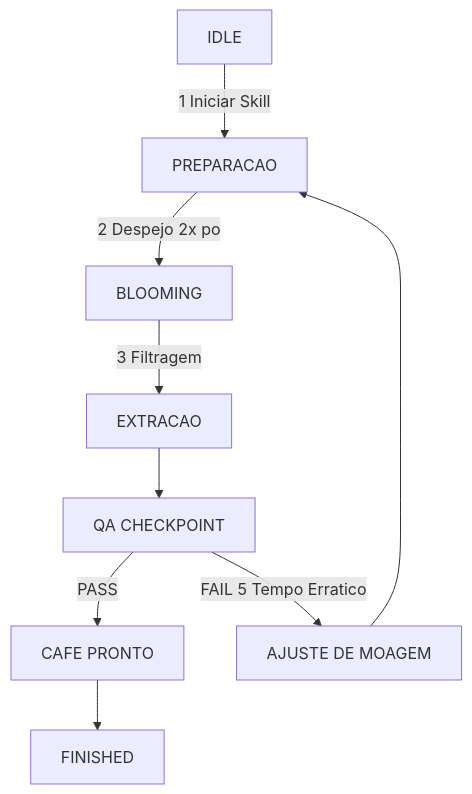
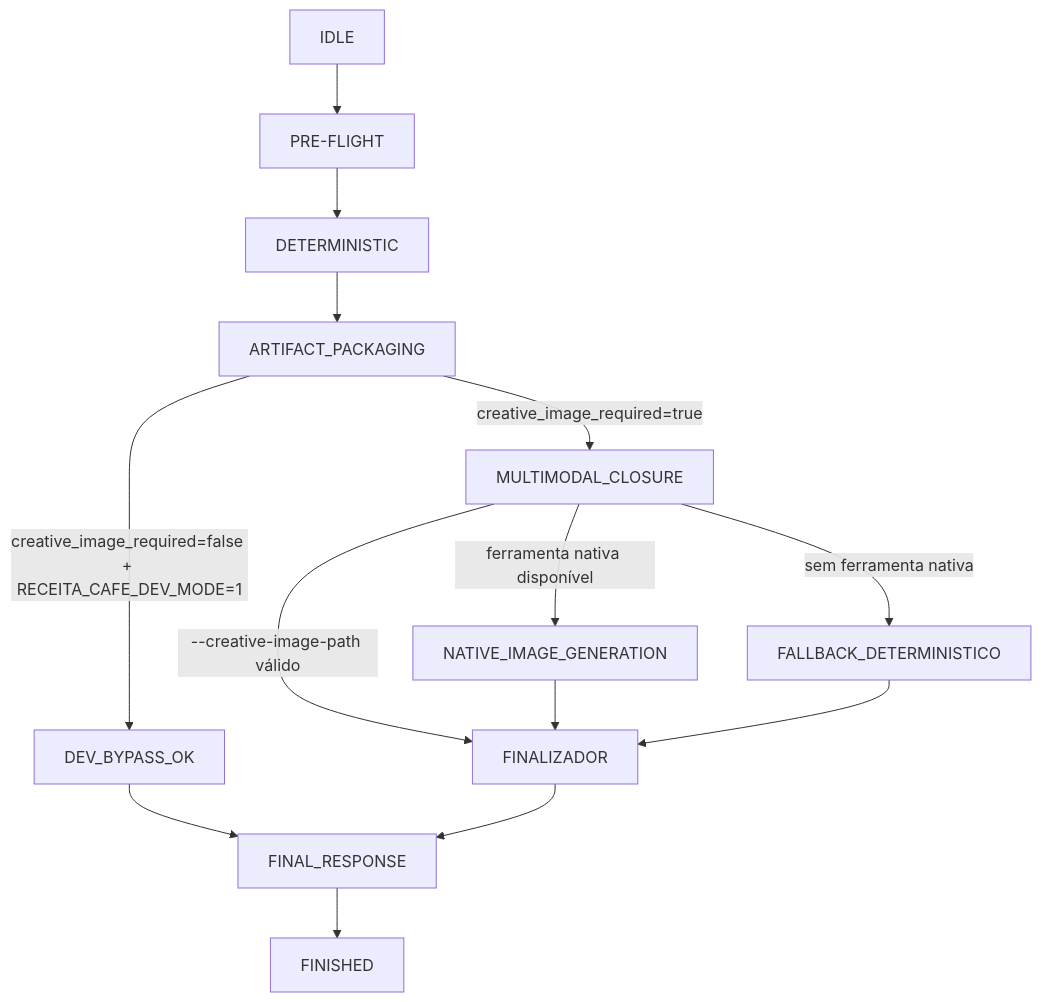
The diagram in .agents/skills/receita-cafe/README.md (malvesro/cafe-skill), drawn with Mermaid before and after one commit. The commit also changed other lines of this file and 1 other file, not shown here.

````diff
--- a/.agents/skills/receita-cafe/README.md
+++ b/.agents/skills/receita-cafe/README.md
@@ -78,11 +78,19 @@
 ```mermaid
 flowchart TD
-    IDLE[IDLE] -->|1 Iniciar Skill| PREP[PREPARACAO]
-    PREP -->|2 Despejo 2x po| BLOOM[BLOOMING]
-    BLOOM -->|3 Filtragem| EXT[EXTRACAO]
-    EXT --> QA[QA CHECKPOINT]
-    QA -->|PASS| READY[CAFE PRONTO]
-    READY --> FINISHED[FINISHED]
-    QA -->|FAIL 5 Tempo Erratico| GRIND[AJUSTE DE MOAGEM]
-    GRIND --> PREP
+    IDLE[IDLE] --> PRE[PRE-FLIGHT]
+    PRE --> DET[DETERMINISTIC]
+    DET --> PACK[ARTIFACT_PACKAGING]
+
+    PACK -->|creative_image_required=true| MULTI[MULTIMODAL_CLOSURE]
+    PACK -->|creative_image_required=false + RECEITA_CAFE_DEV_MODE=1| DEV_BYPASS[DEV_BYPASS_OK]
+    DEV_BYPASS --> FINAL[FINAL_RESPONSE]
+
+    MULTI -->|--creative-image-path válido| FINALIZER[FINALIZADOR]
+    MULTI -->|ferramenta nativa disponível| NATIVE[NATIVE_IMAGE_GENERATION]
+    NATIVE --> FINALIZER
+    MULTI -->|sem ferramenta nativa| FALLBACK[FALLBACK_DETERMINISTICO]
+    FALLBACK --> FINALIZER
+
+    FINALIZER --> FINAL
+    FINAL --> DONE[FINISHED]
 ```
````
